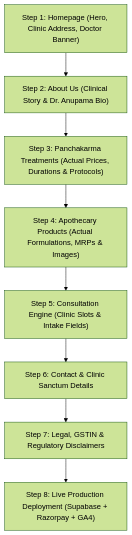
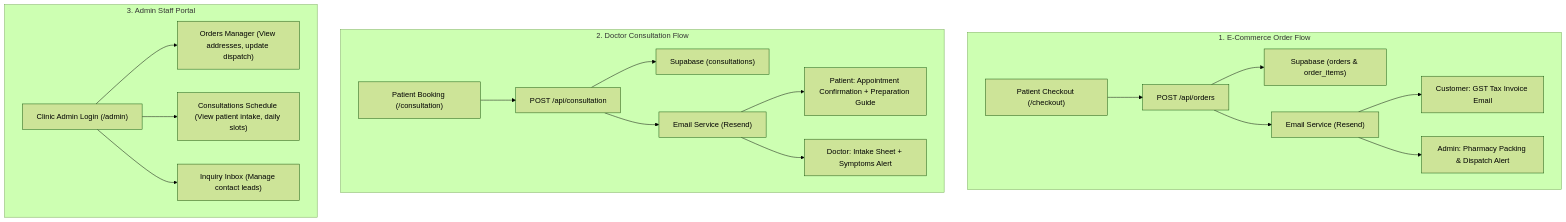
The diagram in progress.md (bibin69x/veda-mantra), drawn with Mermaid (forest theme) before and after one commit. The commit also changed other lines of this file and 22 other files, not shown here.

````diff
--- a/progress.md
+++ b/progress.md
@@ -104,10 +168,24 @@
 ```mermaid
 graph TD
-    A["Step 1: Homepage (Hero, Clinic Address, Doctor Banner)"] --> B["Step 2: About Us (Clinical Story & Dr. Anupama Bio)"]
-    B --> C["Step 3: Panchakarma Treatments (Actual Prices, Durations & Protocols)"]
-    C --> D["Step 4: Apothecary Products (Actual Formulations, MRPs & Images)"]
-    D --> E["Step 5: Consultation Engine (Clinic Slots & Intake Fields)"]
-    E --> F["Step 6: Contact & Clinic Sanctum Details"]
-    F --> G["Step 7: Legal, GSTIN & Regulatory Disclaimers"]
-    G --> H["Step 8: Live Production Deployment (Supabase + Razorpay + GA4)"]
+    subgraph "1. E-Commerce Order Flow"
+        A["Patient Checkout (/checkout)"] --> B["POST /api/orders"]
+        B --> C["Supabase (orders & order_items)"]
+        B --> D["Email Service (Resend)"]
+        D --> E["Customer: GST Tax Invoice Email"]
+        D --> F["Admin: Pharmacy Packing & Dispatch Alert"]
+    end
+
+    subgraph "2. Doctor Consultation Flow"
+        G["Patient Booking (/consultation)"] --> H["POST /api/consultation"]
+        H --> I["Supabase (consultations)"]
+        H --> J["Email Service (Resend)"]
+        J --> K["Patient: Appointment Confirmation + Preparation Guide"]
+        J --> L["Doctor: Intake Sheet + Symptoms Alert"]
+    end
+
+    subgraph "3. Admin Staff Portal"
+        M["Clinic Admin Login (/admin)"] --> N["Orders Manager (View addresses, update dispatch)"]
+        M --> O["Consultations Schedule (View patient intake, daily slots)"]
+        M --> P["Inquiry Inbox (Manage contact leads)"]
+    end
 ```
````
